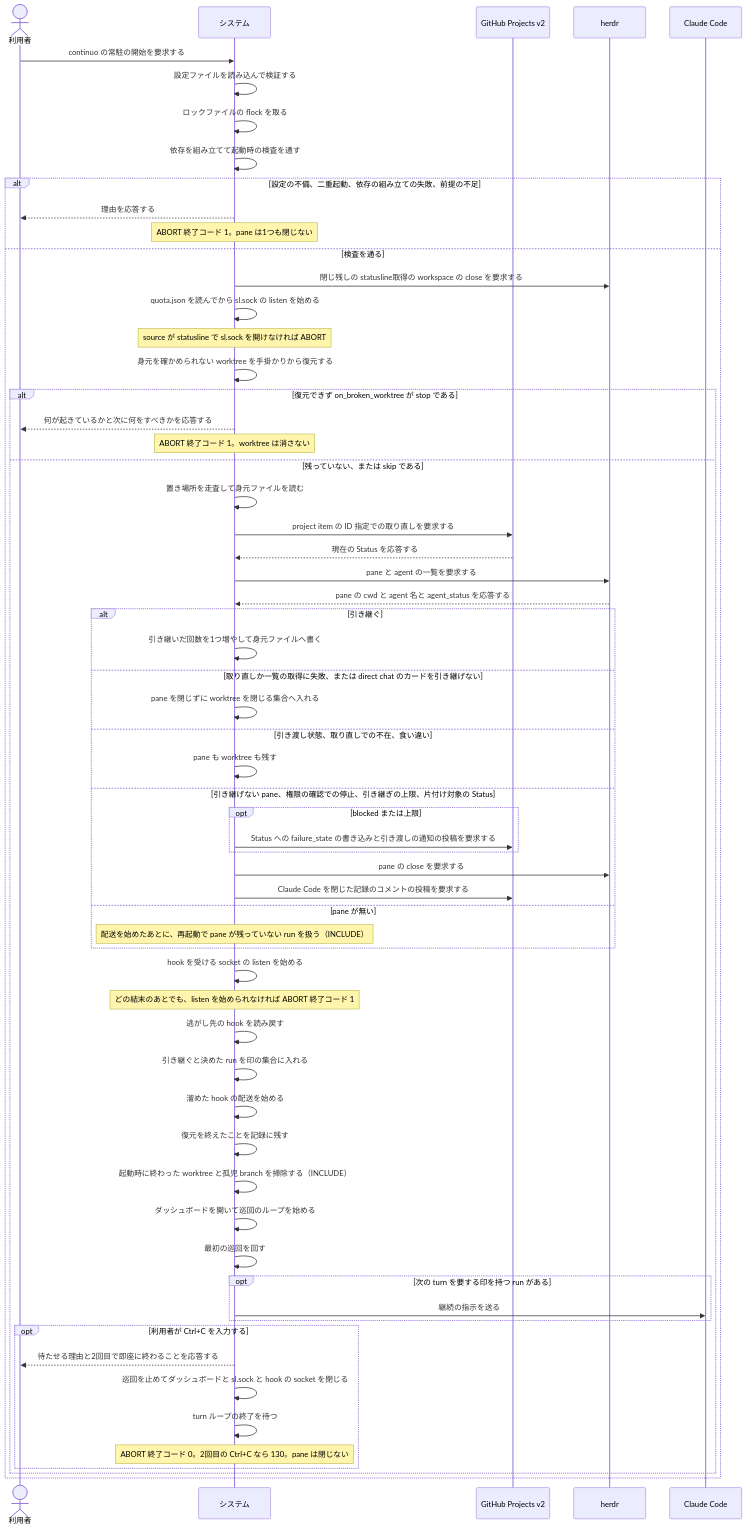
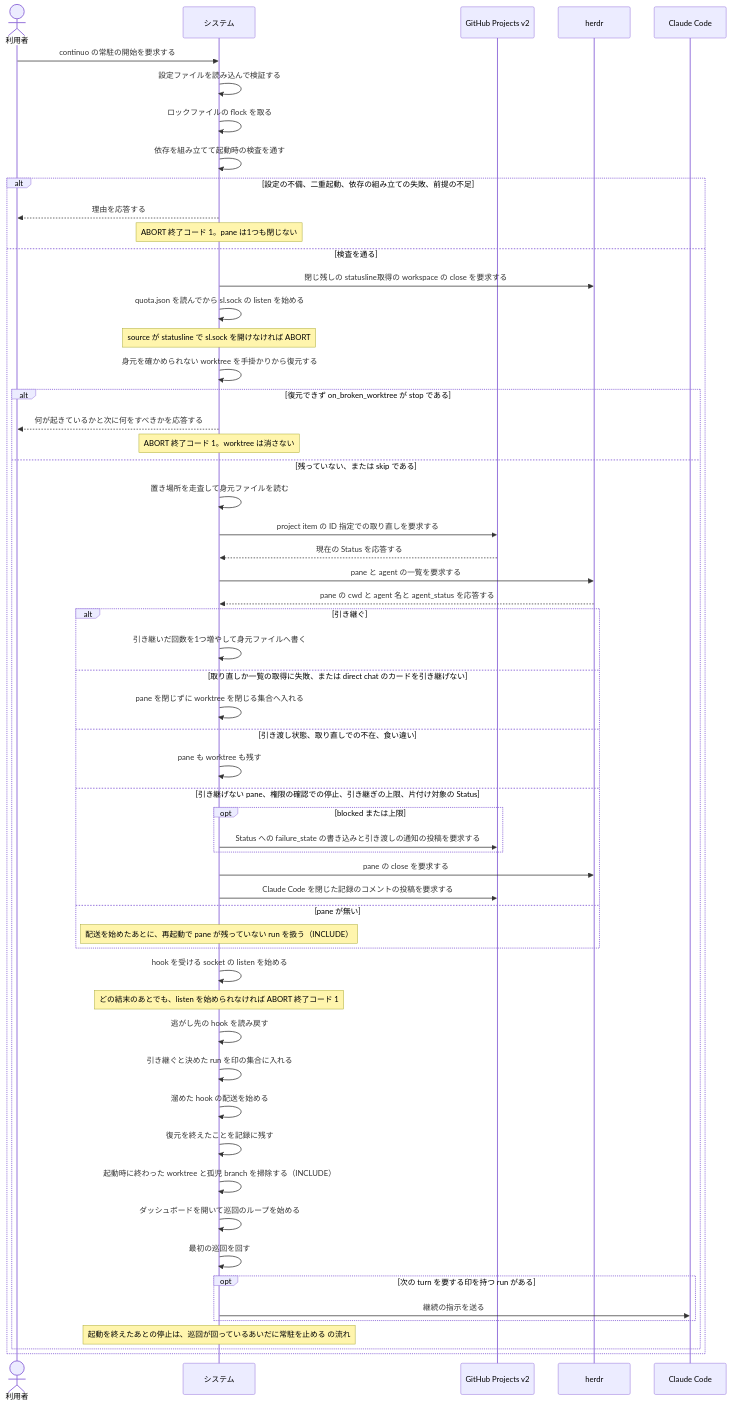
Before and after one commit to maimuzo/continuo: the second of 2 diagrams in docs/spec/usecases/particular_case/再起動して実行中の issue を引き継ぐ.rucm.md, drawn with Mermaid. The commit also changed other lines of this file and 93 other files, not shown here.

````diff
--- a/docs/spec/usecases/particular_case/再起動して実行中の issue を引き継ぐ.rucm.md
+++ b/docs/spec/usecases/particular_case/再起動して実行中の issue を引き継ぐ.rucm.md
@@ -798,65 +790,60 @@
 ```mermaid
 sequenceDiagram
     actor U as 利用者
     participant S as システム
     participant GH as GitHub Projects v2
     participant H as herdr
     participant CC as Claude Code
 
     U->>S: continuo の常駐の開始を要求する
     S->>S: 設定ファイルを読み込んで検証する
     S->>S: ロックファイルの flock を取る
     S->>S: 依存を組み立てて起動時の検査を通す
     alt 設定の不備、二重起動、依存の組み立ての失敗、前提の不足
         S-->>U: 理由を応答する
         Note over S: ABORT 終了コード 1。pane は1つも閉じない
     else 検査を通る
         S->>H: 閉じ残しの statusline取得の workspace の close を要求する
         S->>S: quota.json を読んでから sl.sock の listen を始める
         Note over S: source が statusline で sl.sock を開けなければ ABORT
         S->>S: 身元を確かめられない worktree を手掛かりから復元する
         alt 復元できず on_broken_worktree が stop である
             S-->>U: 何が起きているかと次に何をすべきかを応答する
             Note over S: ABORT 終了コード 1。worktree は消さない
         else 残っていない、または skip である
             S->>S: 置き場所を走査して身元ファイルを読む
             S->>GH: project item の ID 指定での取り直しを要求する
             GH-->>S: 現在の Status を応答する
             S->>H: pane と agent の一覧を要求する
             H-->>S: pane の cwd と agent 名と agent_status を応答する
             alt 引き継ぐ
                 S->>S: 引き継いだ回数を1つ増やして身元ファイルへ書く
             else 取り直しか一覧の取得に失敗、または direct chat のカードを引き継げない
                 S->>S: pane を閉じずに worktree を閉じる集合へ入れる
             else 引き渡し状態、取り直しでの不在、食い違い
                 S->>S: pane も worktree も残す
             else 引き継げない pane、権限の確認での停止、引き継ぎの上限、片付け対象の Status
                 opt blocked または上限
                     S->>GH: Status への failure_state の書き込みと引き渡しの通知の投稿を要求する
                 end
                 S->>H: pane の close を要求する
                 S->>GH: Claude Code を閉じた記録のコメントの投稿を要求する
             else pane が無い
                 Note over S: 配送を始めたあとに、再起動で pane が残っていない run を扱う（INCLUDE）
             end
             S->>S: hook を受ける socket の listen を始める
             Note over S: どの結末のあとでも、listen を始められなければ ABORT 終了コード 1
             S->>S: 逃がし先の hook を読み戻す
             S->>S: 引き継ぐと決めた run を印の集合に入れる
             S->>S: 溜めた hook の配送を始める
             S->>S: 復元を終えたことを記録に残す
             S->>S: 起動時に終わった worktree と孤児 branch を掃除する（INCLUDE）
             S->>S: ダッシュボードを開いて巡回のループを始める
             S->>S: 最初の巡回を回す
             opt 次の turn を要する印を持つ run がある
                 S->>CC: 継続の指示を送る
             end
-            opt 利用者が Ctrl+C を入力する
-                S-->>U: 待たせる理由と2回目で即座に終わることを応答する
-                S->>S: 巡回を止めてダッシュボードと sl.sock と hook の socket を閉じる
-                S->>S: turn ループの終了を待つ
-                Note over S: ABORT 終了コード 0。2回目の Ctrl+C なら 130。pane は閉じない
-            end
+            Note over S: 起動を終えたあとの停止は、巡回が回っているあいだに常駐を止める の流れ
         end
     end
 ```
````
